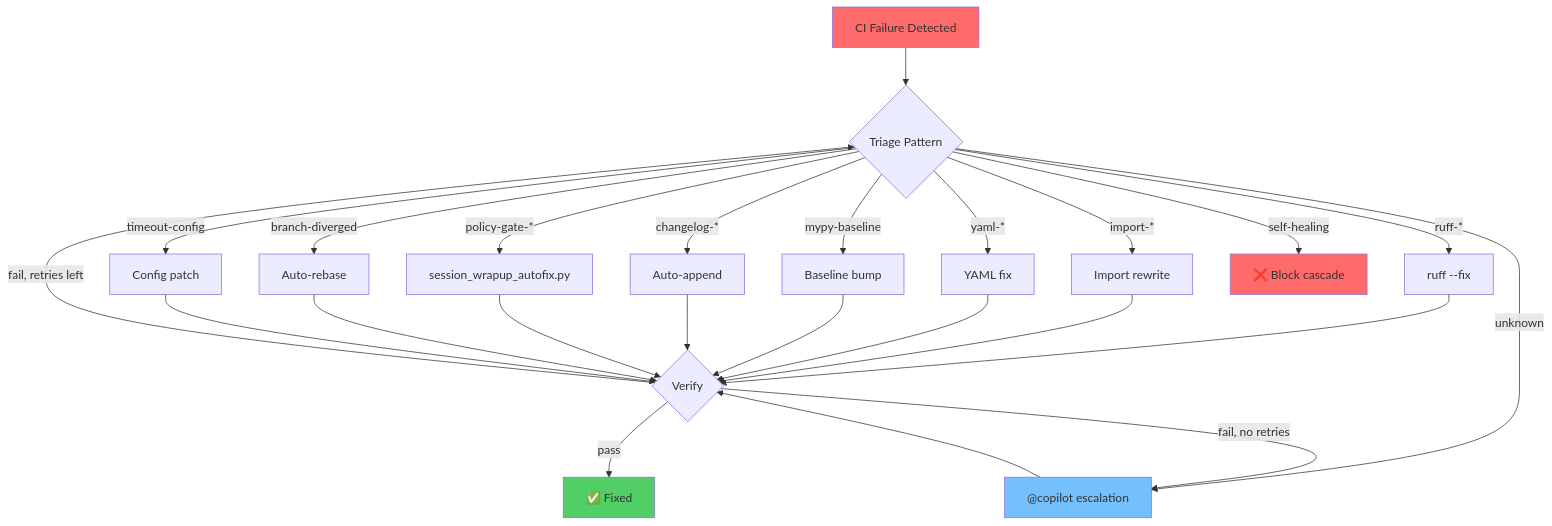
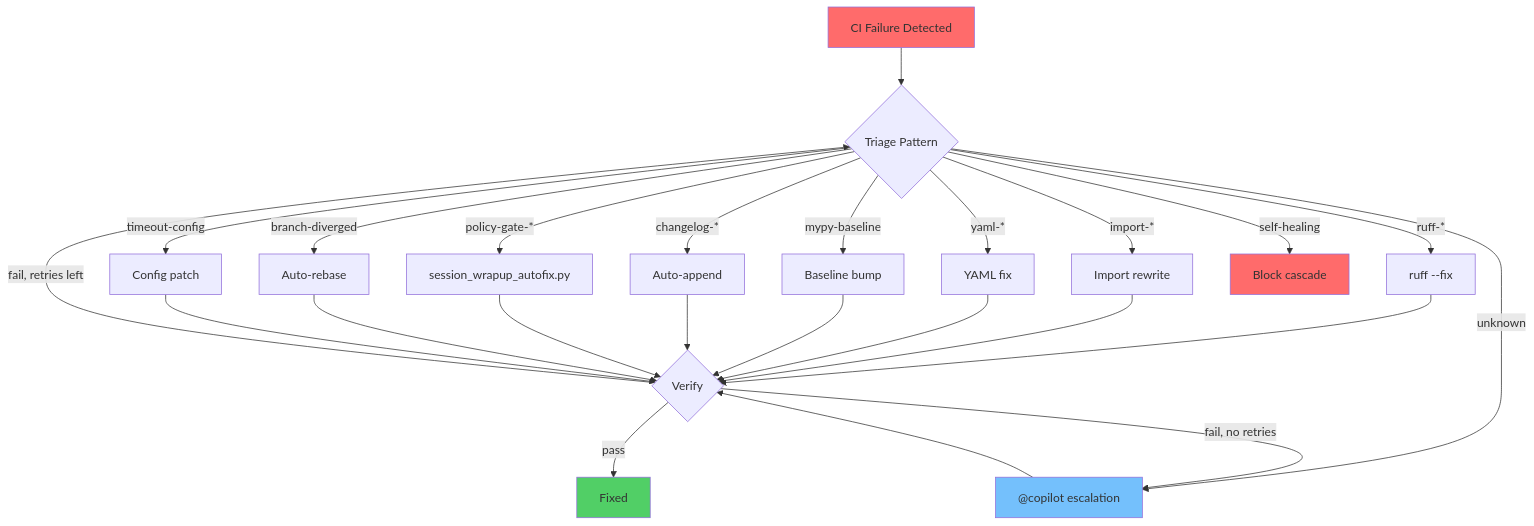
The tenth of 23 diagrams in docs/plans/AUTONOMOUS_SELF_HEALING_PROPOSAL_S182.md (Aries-Serpent/_codex_), drawn with Mermaid before and after one commit. The commit also changed other lines of this file and 2029 other files, not shown here.

````diff
--- a/docs/plans/AUTONOMOUS_SELF_HEALING_PROPOSAL_S182.md
+++ b/docs/plans/AUTONOMOUS_SELF_HEALING_PROPOSAL_S182.md
@@ -464,35 +466,35 @@
 ```mermaid
 %%{init: {'accessibility': {'title': 'Flowchart showing CI Failure Detected, ruff --fix'}}%%
 flowchart TD
     F[CI Failure Detected] --> T{Triage Pattern}
 
     T -->|ruff-*| R[ruff --fix]
     T -->|import-*| I[Import rewrite]
     T -->|yaml-*| Y[YAML fix]
     T -->|mypy-baseline| M[Baseline bump]
     T -->|changelog-*| C[Auto-append]
     T -->|policy-gate-*| P[session_wrapup_autofix.py]
     T -->|branch-diverged| B[Auto-rebase]
     T -->|timeout-config| TC[Config patch]
-    T -->|self-healing| SH[❌ Block cascade]
+    T -->|self-healing| SH[ Block cascade]
     T -->|unknown| U["@copilot escalation"]
 
     R --> V{Verify}
     I --> V
     Y --> V
     M --> V
     C --> V
     P --> V
     B --> V
     TC --> V
     U --> V
 
-    V -->|pass| DONE[✅ Fixed]
+    V -->|pass| DONE[ Fixed]
     V -->|fail, retries left| T
     V -->|fail, no retries| U
 
     style F fill:#ff6b6b
     style DONE fill:#51cf66
     style SH fill:#ff6b6b
     style U fill:#74c0fc
 ```
````
